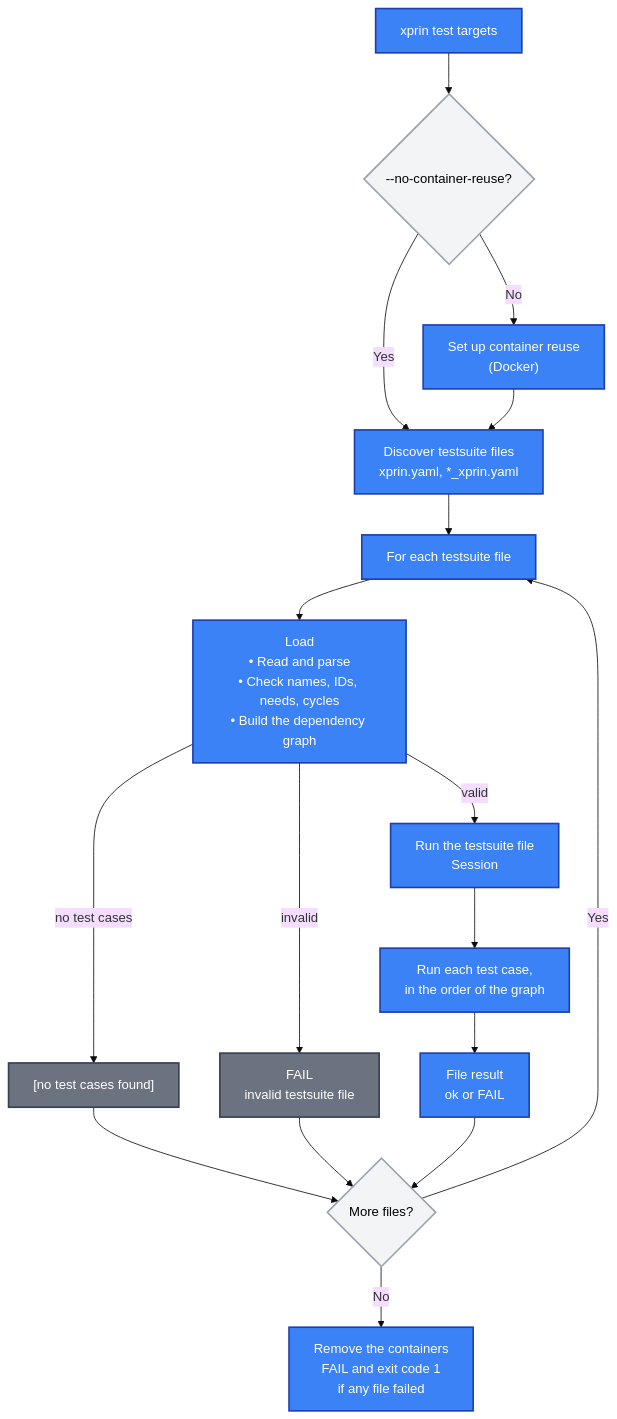
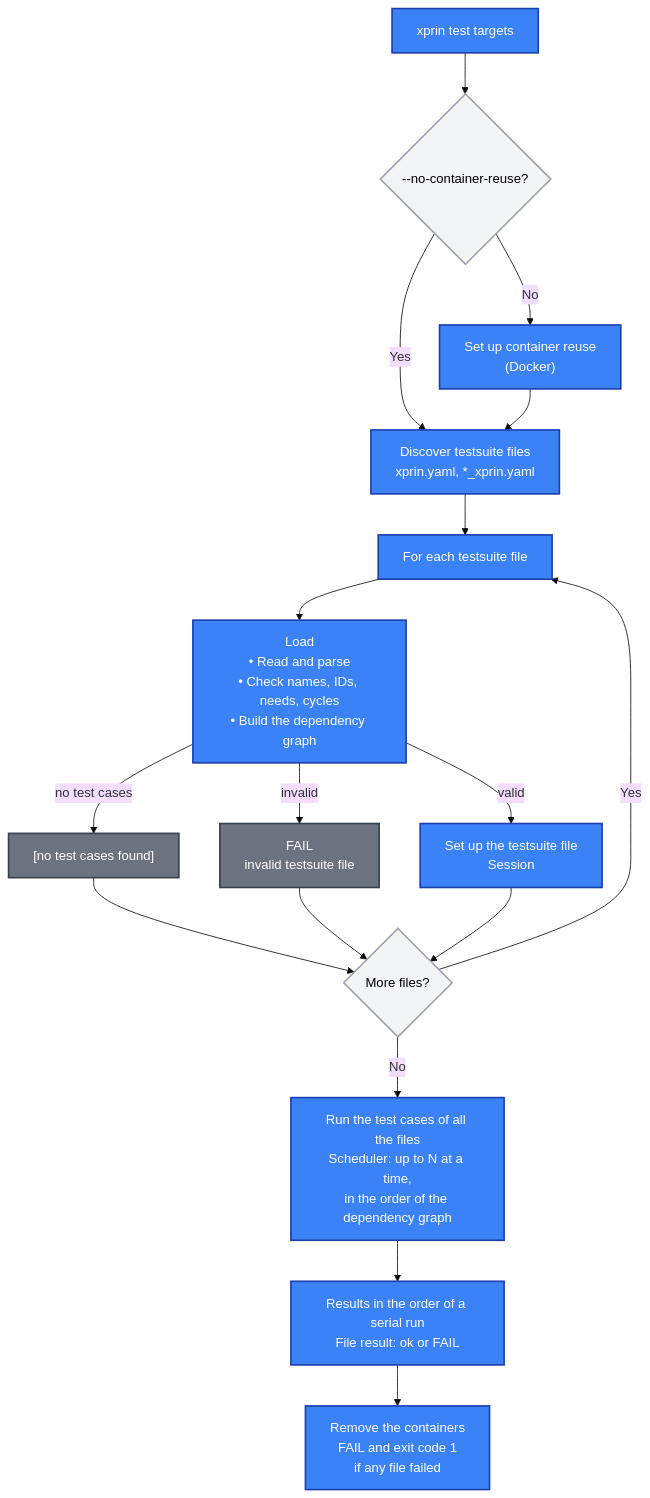
The second of 4 diagrams in docs/architecture.md (crossplane-contrib/xprin), drawn with Mermaid (base theme) before and after one commit. The commit also changed other lines of this file and 7 other files, not shown here.

First line of the commit message:
feat(test): add --parallel to run the test cases at the same time

````diff
--- a/docs/architecture.md
+++ b/docs/architecture.md
@@ -54,27 +56,27 @@
 ```mermaid
 flowchart TD
     A["xprin test targets"] --> B{"--no-container-reuse?"}
     B -->|No| C["Set up container reuse<br/>(Docker)"]
     B -->|Yes| D
     C --> D["Discover testsuite files<br/>xprin.yaml, *_xprin.yaml"]
     D --> E["For each testsuite file"]
     E --> F["Load<br/>• Read and parse<br/>• Check names, IDs, needs, cycles<br/>• Build the dependency graph"]
     F -->|"no test cases"| G["[no test cases found]"]
     F -->|"invalid"| H["FAIL<br/>invalid testsuite file"]
-    F -->|"valid"| I["Run the testsuite file<br/>Session"]
-    I --> J["Run each test case,<br/>in the order of the graph"]
-    J --> K["File result<br/>ok or FAIL"]
+    F -->|"valid"| I["Set up the testsuite file<br/>Session"]
     G --> L{"More files?"}
     H --> L
-    K --> L
+    I --> L
     L -->|Yes| E
-    L -->|No| M["Remove the containers<br/>FAIL and exit code 1<br/>if any file failed"]
+    L -->|No| J["Run the test cases of all the files<br/>Scheduler: up to N at a time,<br/>in the order of the dependency graph"]
+    J --> K["Results in the order of a serial run<br/>File result: ok or FAIL"]
+    K --> M["Remove the containers<br/>FAIL and exit code 1<br/>if any file failed"]
 
     classDef xprin fill:#3b82f6,stroke:#1e40af,stroke-width:2px,color:#fff
     classDef neutral fill:#6b7280,stroke:#374151,stroke-width:2px,color:#fff
     classDef decision fill:#f3f4f6,stroke:#9ca3af,stroke-width:2px,color:#000
 
     class A,C,D,E,F,I,J,K,M xprin
     class G,H neutral
     class B,L decision
 ```
````
